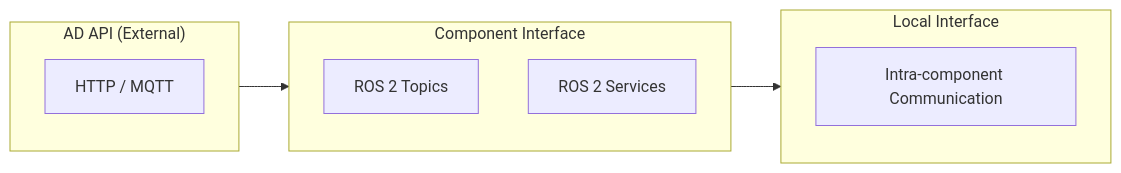
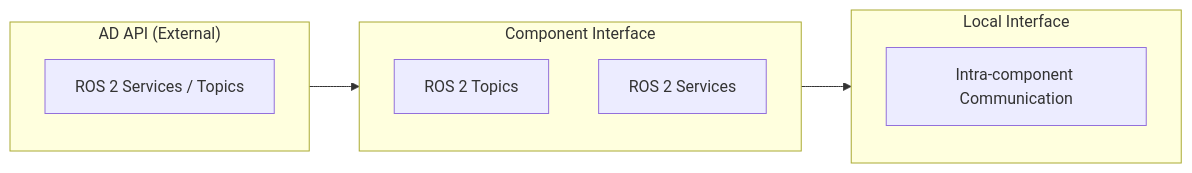
The second of 2 diagrams in docs/components/index.md (oguzkaganozt/openadkit), drawn with Mermaid before and after one commit. The commit also changed other lines of this file and 17 other files, not shown here.

````diff
--- a/docs/components/index.md
+++ b/docs/components/index.md
@@ -64,18 +64,18 @@
 ```mermaid
 graph LR
     subgraph AD_API["AD API (External)"]
-        A1[HTTP / MQTT]
+        A1[ROS 2 Services / Topics]
     end
 
     subgraph Component_Interface["Component Interface"]
         C1[ROS 2 Topics]
         C2[ROS 2 Services]
     end
 
     subgraph Local_Interface["Local Interface"]
         L1[Intra-component Communication]
     end
 
     AD_API --> Component_Interface
     Component_Interface --> Local_Interface
 ```
````
